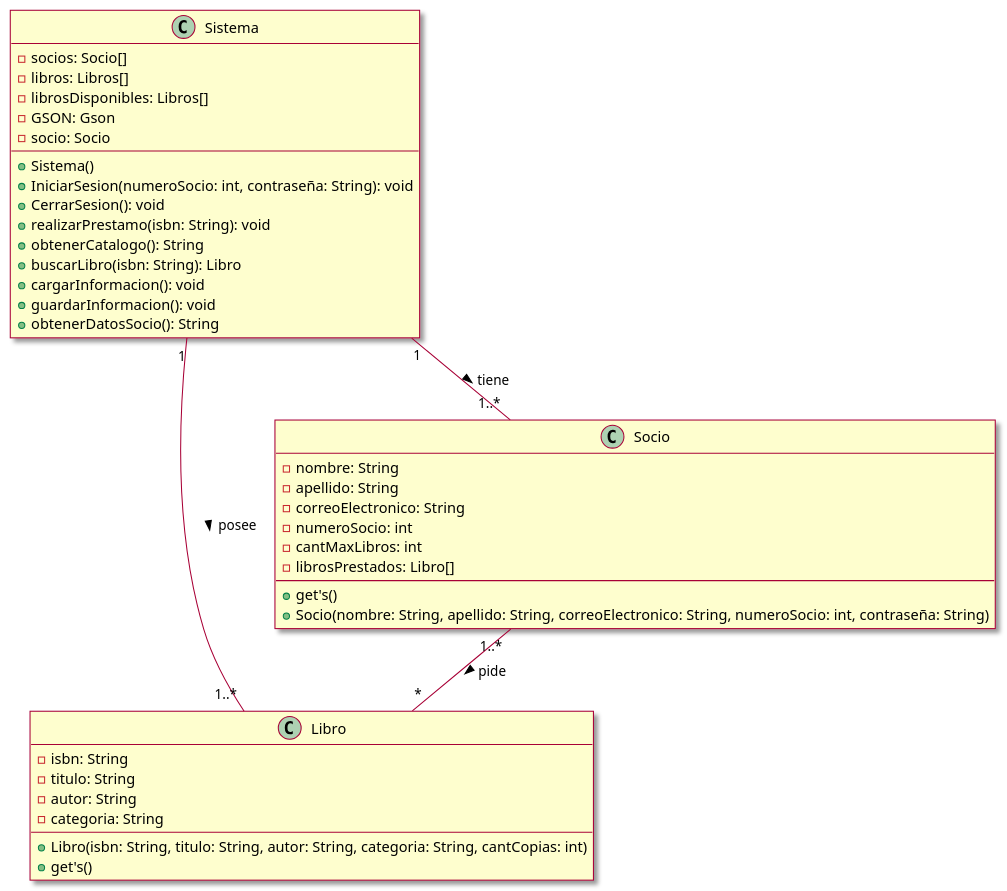
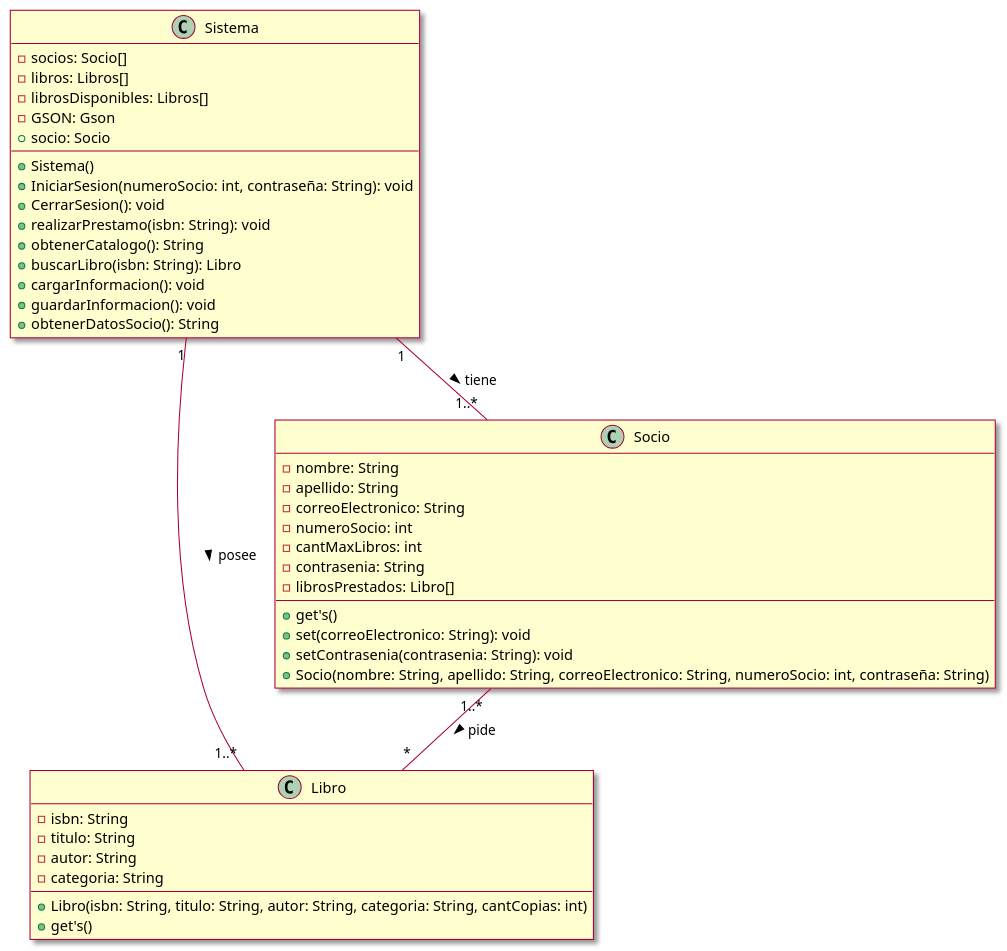
The diagram in bibliotech/clases.puml (ProMDFK123/Taller2), drawn with PlantUML before and after one commit. The commit also changed 3 other files, not shown here.

```diff
--- a/bibliotech/clases.puml
+++ b/bibliotech/clases.puml
@@ -1,44 +1,47 @@
 @startuml
 skin rose
 
 Class Libro{
 -isbn: String
 -titulo: String
 -autor: String
 -categoria: String
 +Libro(isbn: String, titulo: String, autor: String, categoria: String, cantCopias: int)
 +get's()
 }
 
 Class Socio{
 -nombre: String
 -apellido: String
 -correoElectronico: String
 -numeroSocio: int
 -cantMaxLibros: int
+-contrasenia: String
 -librosPrestados: Libro[]
 +get's()
++set(correoElectronico: String): void
++setContrasenia(contrasenia: String): void
 +Socio(nombre: String, apellido: String, correoElectronico: String, numeroSocio: int, contraseña: String)
 }
 
 Class Sistema{
 -socios: Socio[]
 -libros: Libros[]
 -librosDisponibles: Libros[]
 -GSON: Gson
--socio: Socio
++socio: Socio
 +Sistema()
 +IniciarSesion(numeroSocio: int, contraseña: String): void
 +CerrarSesion(): void
 +realizarPrestamo(isbn: String): void
 +obtenerCatalogo(): String
 +buscarLibro(isbn: String): Libro
 +cargarInformacion(): void
 +guardarInformacion(): void
 +obtenerDatosSocio(): String
 }
 
 Sistema"1"--"1..*"Libro: posee >
 Sistema"1"--"1..*"Socio: tiene >
 Socio"1..*"--"*"Libro: pide >
 @enduml
```
